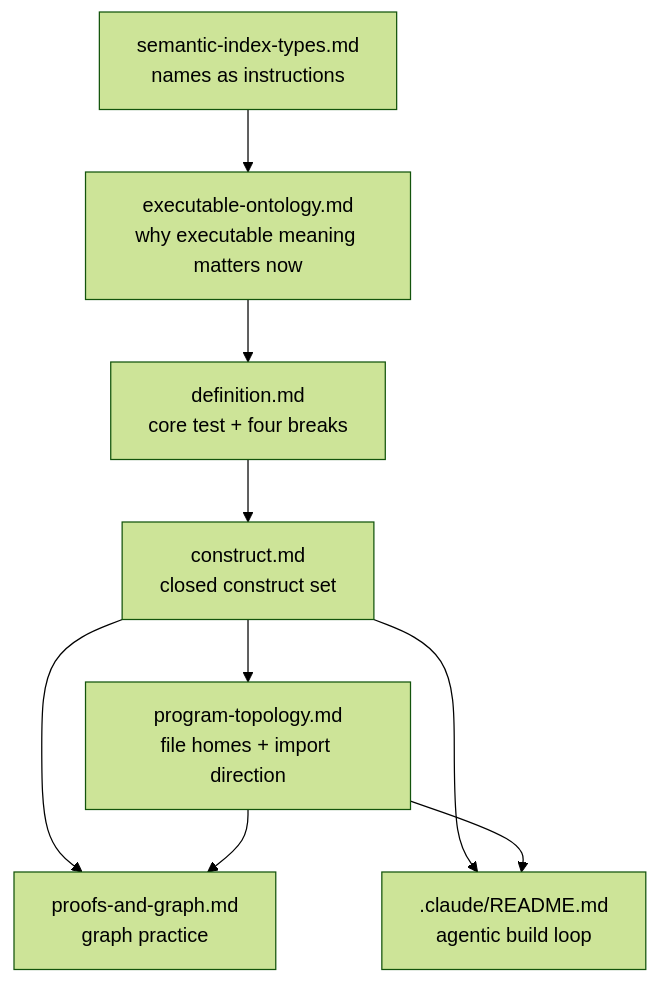
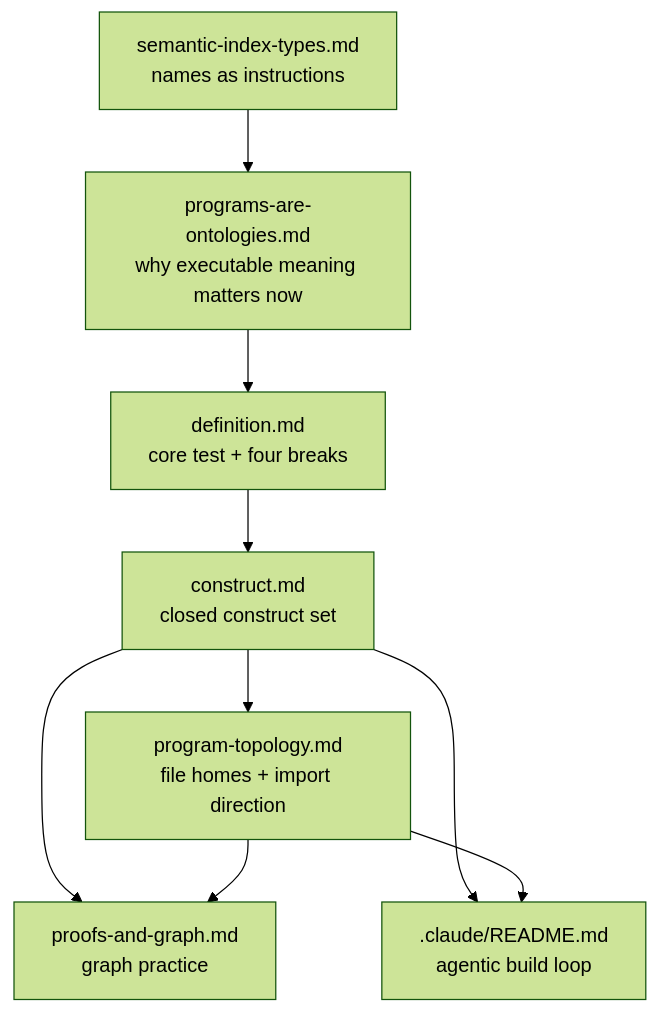
Before and after one commit to kylejtobin/tca: the diagram in docs/learning-path.md, drawn with Mermaid (forest theme). The commit also changed other lines of this file and 138 other files, not shown here.

````diff
--- a/docs/learning-path.md
+++ b/docs/learning-path.md
@@ -26,19 +26,19 @@
 ```mermaid
 flowchart TD
     Definition["definition.md\ncore test + four breaks"]
-    Executable["executable-ontology.md\nwhy executable meaning matters now"]
+    Executable["programs-are-ontologies.md\nwhy executable meaning matters now"]
     Constructs["construct.md\nclosed construct set"]
     Topology["program-topology.md\nfile homes + import direction"]
     Graph["proofs-and-graph.md\ngraph practice"]
     Names["semantic-index-types.md\nnames as instructions"]
     Build[".claude/README.md\nagentic build loop"]
 
     Executable --> Definition
     Definition --> Constructs
     Constructs --> Topology
     Constructs --> Graph
     Topology --> Graph
     Names --> Executable
     Constructs --> Build
     Topology --> Build
 ```
````
